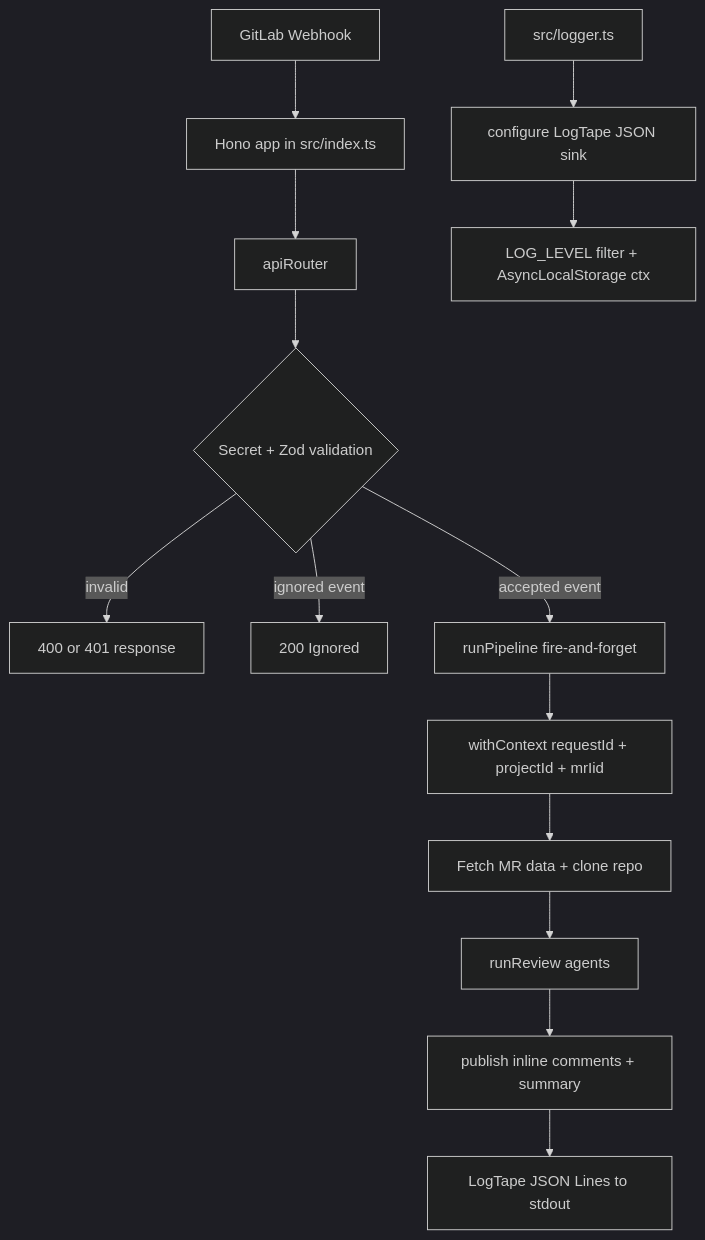
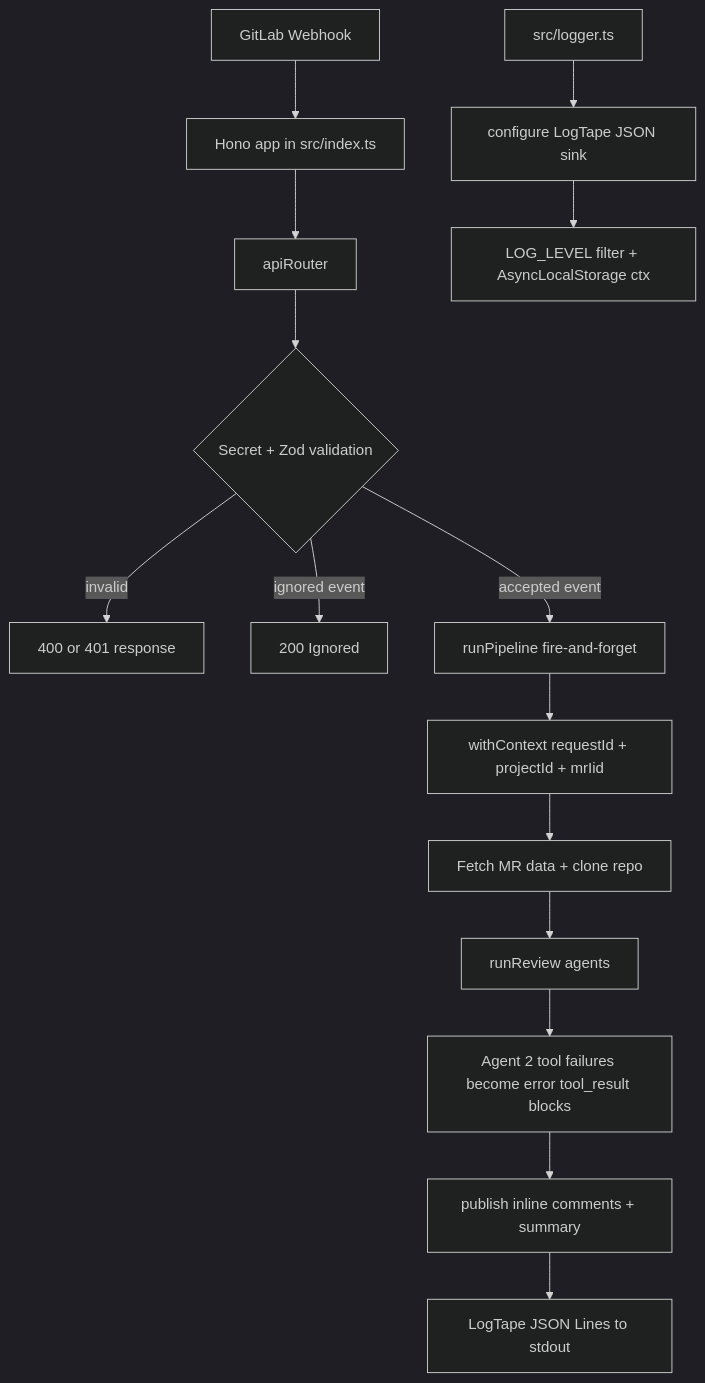
Before and after one commit to elis-salobehaj/git-gandalf: the diagram in docs/humans/context/ARCHITECTURE.md, drawn with Mermaid (dark theme). The commit also changed other lines of this file and 37 other files, not shown here.

````diff
--- a/docs/humans/context/ARCHITECTURE.md
+++ b/docs/humans/context/ARCHITECTURE.md
@@ -9,17 +9,18 @@
 ```mermaid
 graph TD
 	A[GitLab Webhook] --> B[Hono app in src/index.ts]
 	B --> C[apiRouter]
 	C --> D{Secret + Zod validation}
 	D -->|invalid| E[400 or 401 response]
 	D -->|ignored event| F[200 Ignored]
 	D -->|accepted event| G[runPipeline fire-and-forget]
 	G --> GA[withContext requestId + projectId + mrIid]
 	GA --> H[Fetch MR data + clone repo]
 	H --> I[runReview agents]
-	I --> J[publish inline comments + summary]
+	I --> IA[Agent 2 tool failures become error tool_result blocks]
+	IA --> J[publish inline comments + summary]
 	J --> K[LogTape JSON Lines to stdout]
 
 	L[src/logger.ts] --> M[configure LogTape JSON sink]
 	M --> N[LOG_LEVEL filter + AsyncLocalStorage ctx]
 ```
````
